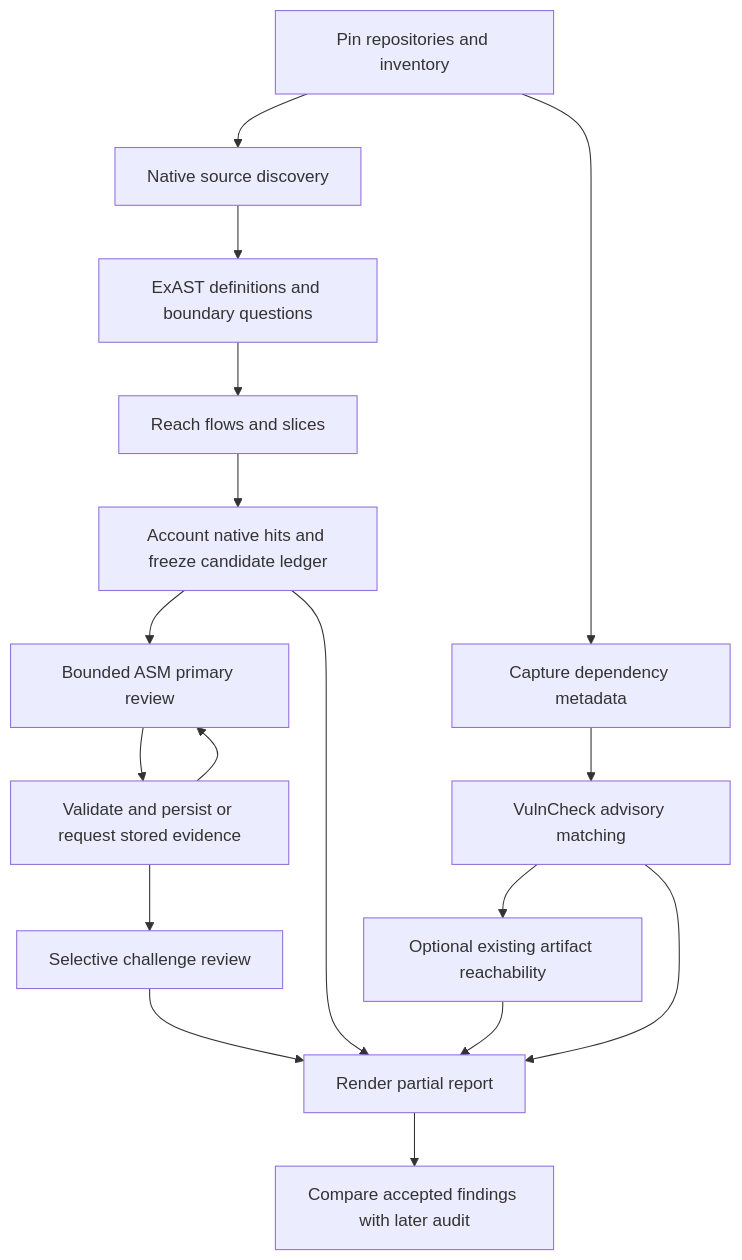
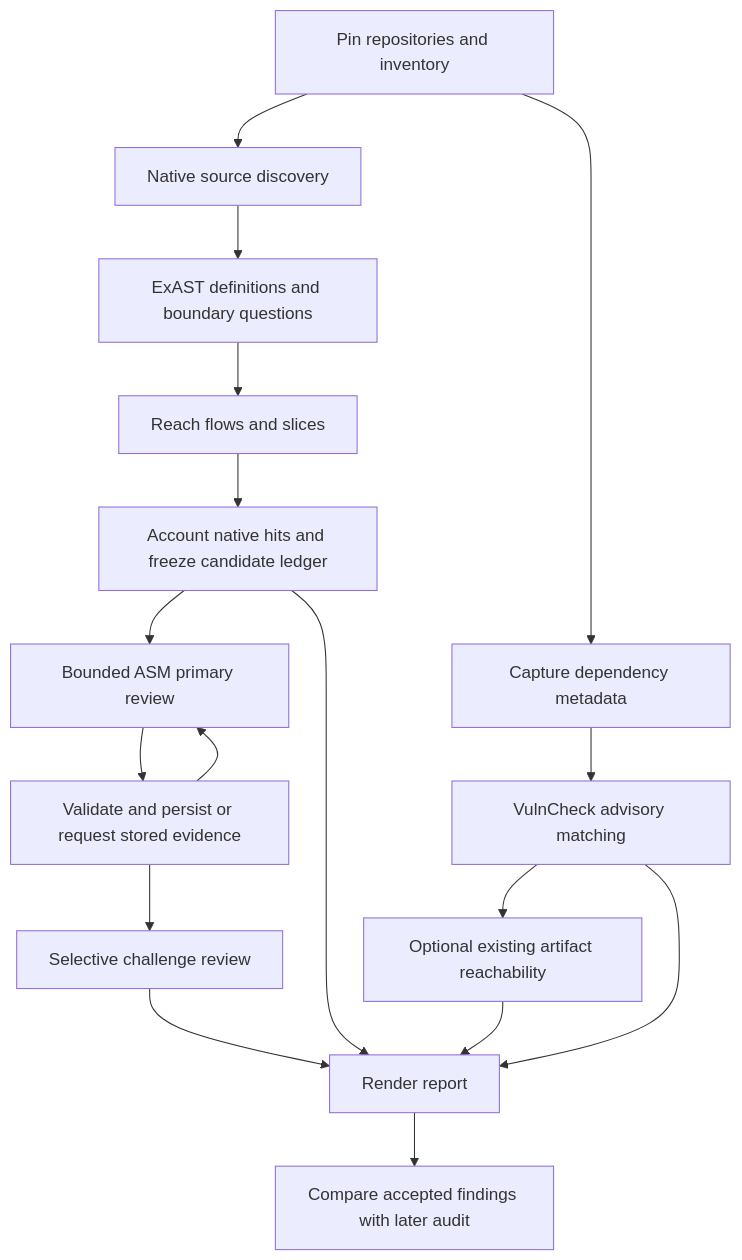
One commit to nshkrdotcom/beam_audit changed the diagram in guides/workflow.md. Above: the diagram before and after it, drawn with Mermaid. The commit also changed other lines of this file and 9 other files, not shown here.

````diff
--- a/guides/workflow.md
+++ b/guides/workflow.md
@@ -3,19 +3,19 @@
 ```mermaid
 flowchart TD
     A[Pin repositories and inventory] --> B[Native source discovery]
     A --> D[Capture dependency metadata]
     B --> C[ExAST definitions and boundary questions]
     C --> E[Reach flows and slices]
     E --> F[Account native hits and freeze candidate ledger]
     D --> G[VulnCheck advisory matching]
     G --> H[Optional existing artifact reachability]
     F --> I[Bounded ASM primary review]
     I --> J[Validate and persist or request stored evidence]
     J --> I
     J --> K[Selective challenge review]
-    F --> L[Render partial report]
+    F --> L[Render report]
     G --> L
     H --> L
     K --> L
     L --> M[Compare accepted findings with later audit]
 ```
````
